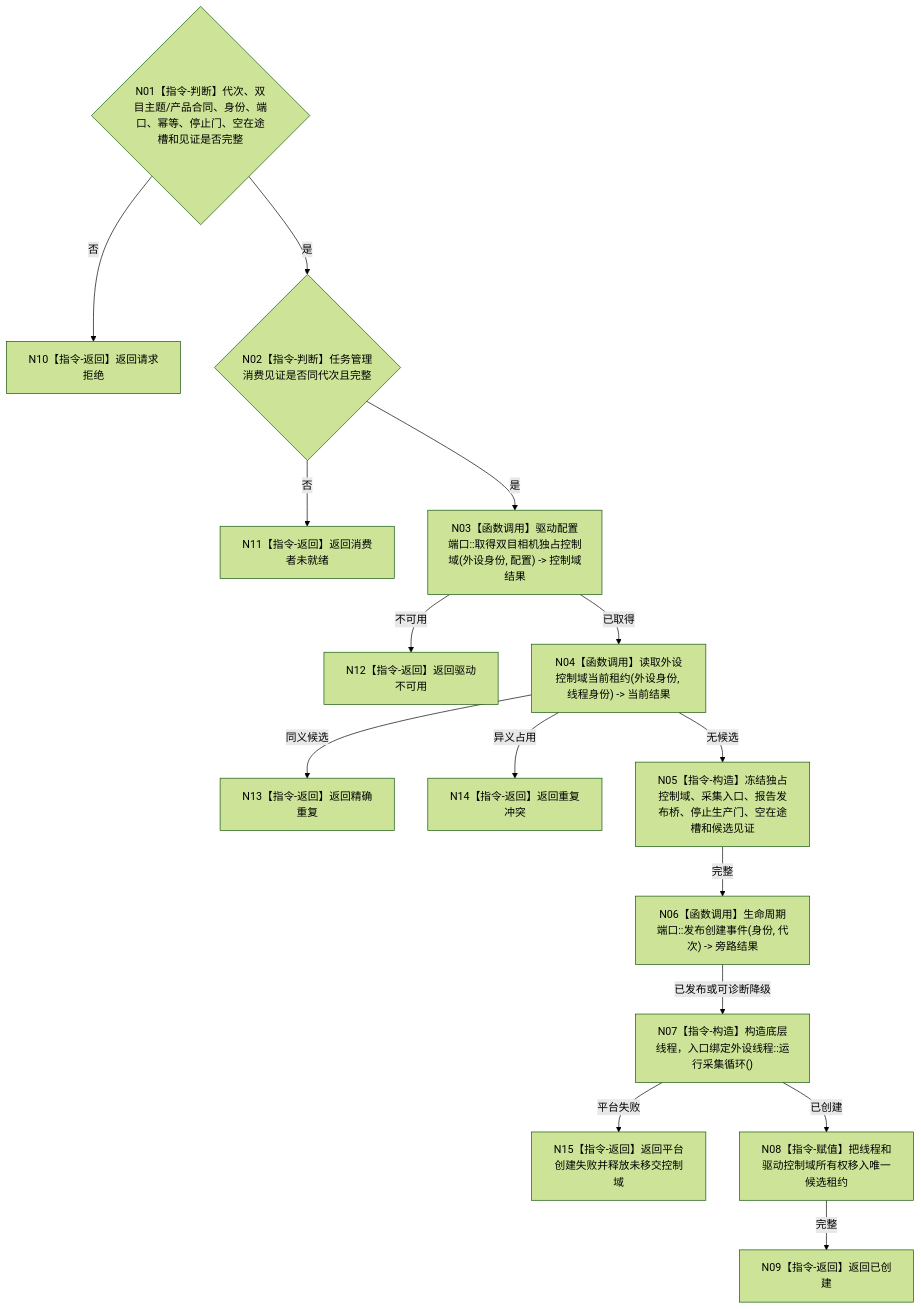
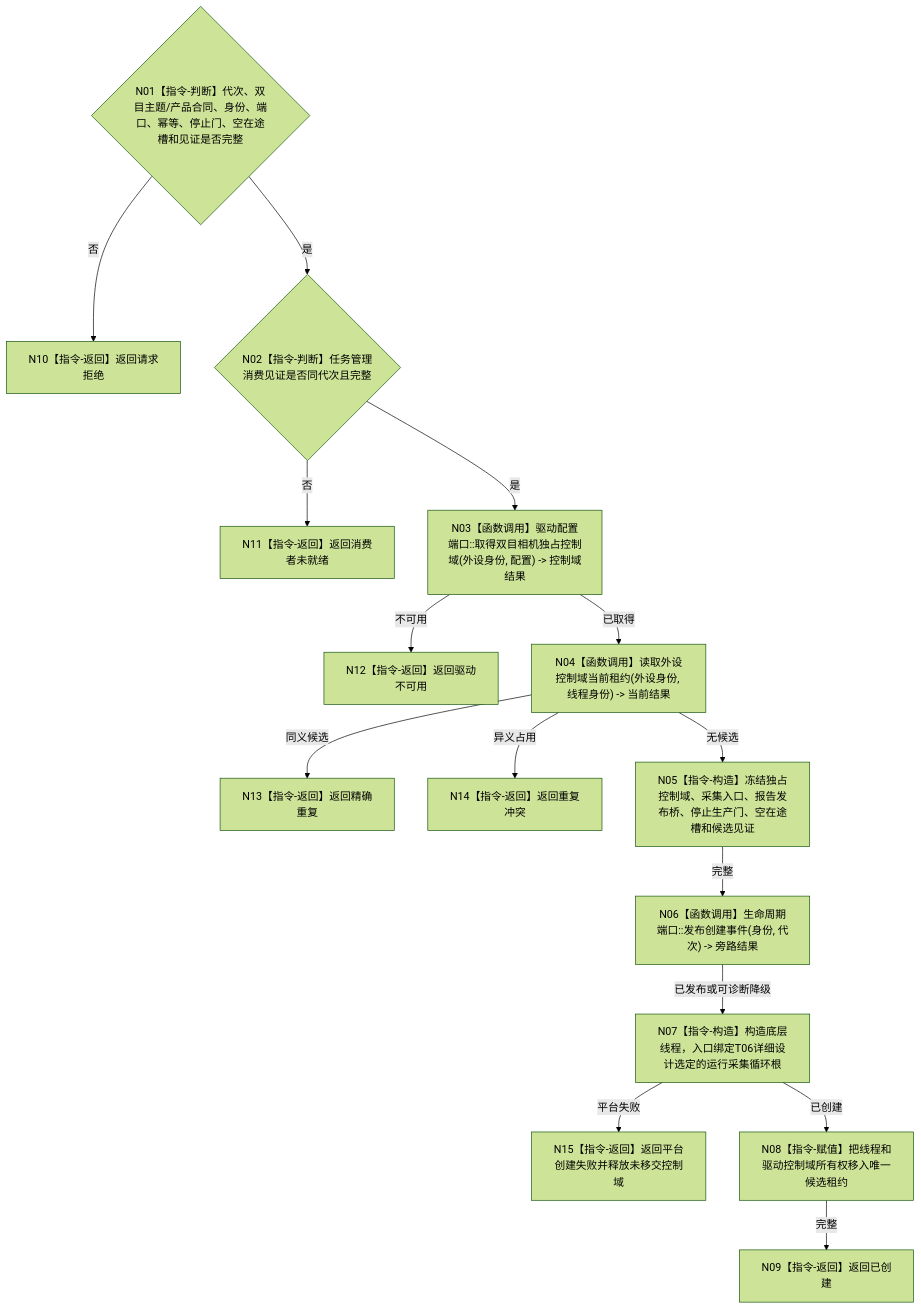
The diagram in 流程图/目标业务流程图/L4/BIZ-L4-001-07-01-02_创建双目相机外设线程候选_目标函数流程图_v0.1.md (chunhaizh-cyber/HY-Ego), drawn with Mermaid (forest theme) before and after one commit. The commit also changed other lines of this file and 20 other files, not shown here.

Commit message:
校正 BIZ-L2-006 外设流程图

````diff
--- a/流程图/目标业务流程图/L4/BIZ-L4-001-07-01-02_创建双目相机外设线程候选_目标函数流程图_v0.1.md
+++ b/流程图/目标业务流程图/L4/BIZ-L4-001-07-01-02_创建双目相机外设线程候选_目标函数流程图_v0.1.md
@@ -30,17 +30,17 @@
 ```mermaid
 flowchart TD
     N01{"N01【指令-判断】代次、双目主题/产品合同、身份、端口、幂等、停止门、空在途槽和见证是否完整"} -->|否| N10["N10【指令-返回】返回请求拒绝"]
     N01 -->|是| N02{"N02【指令-判断】任务管理消费见证是否同代次且完整"}
     N02 -->|否| N11["N11【指令-返回】返回消费者未就绪"]
     N02 -->|是| N03["N03【函数调用】驱动配置端口::取得双目相机独占控制域(外设身份, 配置) -> 控制域结果"]
     N03 -->|不可用| N12["N12【指令-返回】返回驱动不可用"]
     N03 -->|已取得| N04["N04【函数调用】读取外设控制域当前租约(外设身份, 线程身份) -> 当前结果"]
     N04 -->|同义候选| N13["N13【指令-返回】返回精确重复"]
     N04 -->|异义占用| N14["N14【指令-返回】返回重复冲突"]
     N04 -->|无候选| N05["N05【指令-构造】冻结独占控制域、采集入口、报告发布桥、停止生产门、空在途槽和候选见证"]
     N05 -->|完整| N06["N06【函数调用】生命周期端口::发布创建事件(身份, 代次) -> 旁路结果"]
-    N06 -->|已发布或可诊断降级| N07["N07【指令-构造】构造底层线程，入口绑定外设线程::运行采集循环()"]
+    N06 -->|已发布或可诊断降级| N07["N07【指令-构造】构造底层线程，入口绑定T06详细设计选定的运行采集循环根"]
     N07 -->|平台失败| N15["N15【指令-返回】返回平台创建失败并释放未移交控制域"]
     N07 -->|已创建| N08["N08【指令-赋值】把线程和驱动控制域所有权移入唯一候选租约"]
     N08 -->|完整| N09["N09【指令-返回】返回已创建"]
 ```
````
